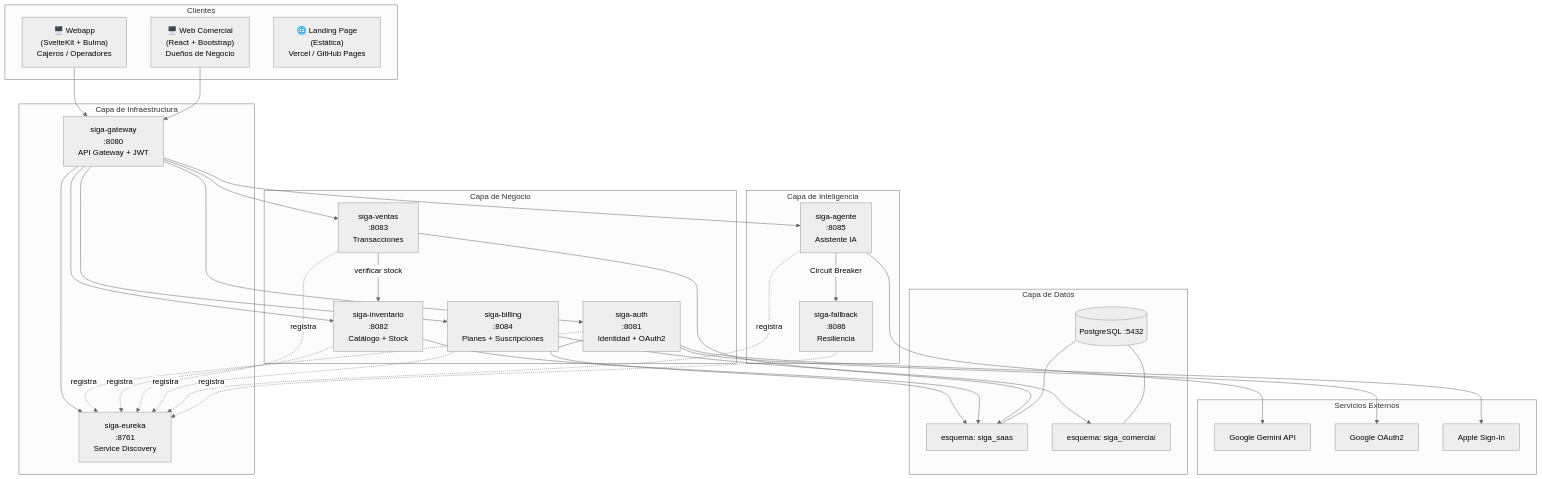
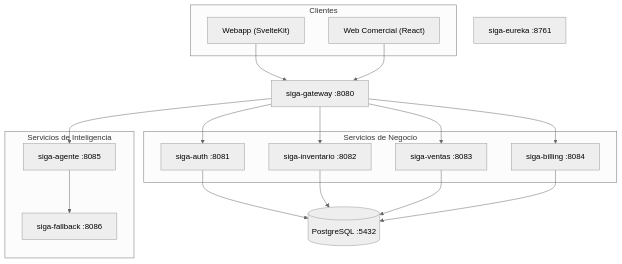
One commit to HecAguilaV/SIGA changed the first of 9 diagrams in openspec/changes/migracion-microservicios/architecture-diagrams.md. Above: the diagram before and after it, drawn with Mermaid (neutral theme). The commit also changed other lines of this file, not shown here.

Commit message:
docs: rediseñar diagramas con layouts limpios y líneas rectas

````diff
--- a/openspec/changes/migracion-microservicios/architecture-diagrams.md
+++ b/openspec/changes/migracion-microservicios/architecture-diagrams.md
@@ -10,67 +9,37 @@
 ```mermaid
-graph TB
-    subgraph Clientes["Clientes"]
-        WA["🖥️ Webapp<br/>(SvelteKit + Bulma)<br/>Cajeros / Operadores"]
-        WC["🖥️ Web Comercial<br/>(React + Bootstrap)<br/>Dueños de Negocio"]
-        LP["🌐 Landing Page<br/>(Estática)<br/>Vercel / GitHub Pages"]
+graph TD
+    subgraph Clientes
+        WA["Webapp (SvelteKit)"]
+        WC["Web Comercial (React)"]
     end
 
-    subgraph Infraestructura["Capa de Infraestructura"]
-        EU["siga-eureka<br/>:8761<br/>Service Discovery"]
-        GW["siga-gateway<br/>:8080<br/>API Gateway + JWT"]
+    GW["siga-gateway :8080"]
+    EU["siga-eureka :8761"]
+
+    subgraph Servicios de Negocio
+        AU["siga-auth :8081"]
+        IN["siga-inventario :8082"]
+        VE["siga-ventas :8083"]
+        BI["siga-billing :8084"]
     end
 
-    subgraph Negocio["Capa de Negocio"]
-        AU["siga-auth<br/>:8081<br/>Identidad + OAuth2"]
-        IN["siga-inventario<br/>:8082<br/>Catálogo + Stock"]
-        VE["siga-ventas<br/>:8083<br/>Transacciones"]
-        BI["siga-billing<br/>:8084<br/>Planes + Suscripciones"]
+    subgraph Servicios de Inteligencia
+        AG["siga-agente :8085"]
+        FB["siga-fallback :8086"]
     end
 
-    subgraph Inteligencia["Capa de Inteligencia"]
-        AG["siga-agente<br/>:8085<br/>Asistente IA"]
-        FB["siga-fallback<br/>:8086<br/>Resiliencia"]
-    end
-
-    subgraph Datos["Capa de Datos"]
-        DB[("PostgreSQL :5432")]
-        SS["esquema: siga_saas"]
-        SC["esquema: siga_comercial"]
-    end
-
-    subgraph Externos["Servicios Externos"]
-        GG["Google Gemini API"]
-        GO["Google OAuth2"]
-        AP["Apple Sign-In"]
-    end
+    DB[("PostgreSQL :5432")]
 
     WA --> GW
     WC --> GW
-    GW --> EU
     GW --> AU
     GW --> IN
     GW --> VE
     GW --> BI
     GW --> AG
-
-    AU -.->|registra| EU
-    IN -.->|registra| EU
-    VE -.->|registra| EU
-    BI -.->|registra| EU
-    AG -.->|registra| EU
-    FB -.->|registra| EU
-
-    AU --> GO
-    AU --> AP
-    AG --> GG
-    AG -->|Circuit Breaker| FB
-
-    VE -->|verificar stock| IN
-
-    AU --> SS
-    IN --> SS
-    VE --> SS
-    BI --> SC
-    DB --- SS
-    DB --- SC
+    AG --> FB
+    AU --> DB
+    IN --> DB
+    VE --> DB
+    BI --> DB
 ```
````
